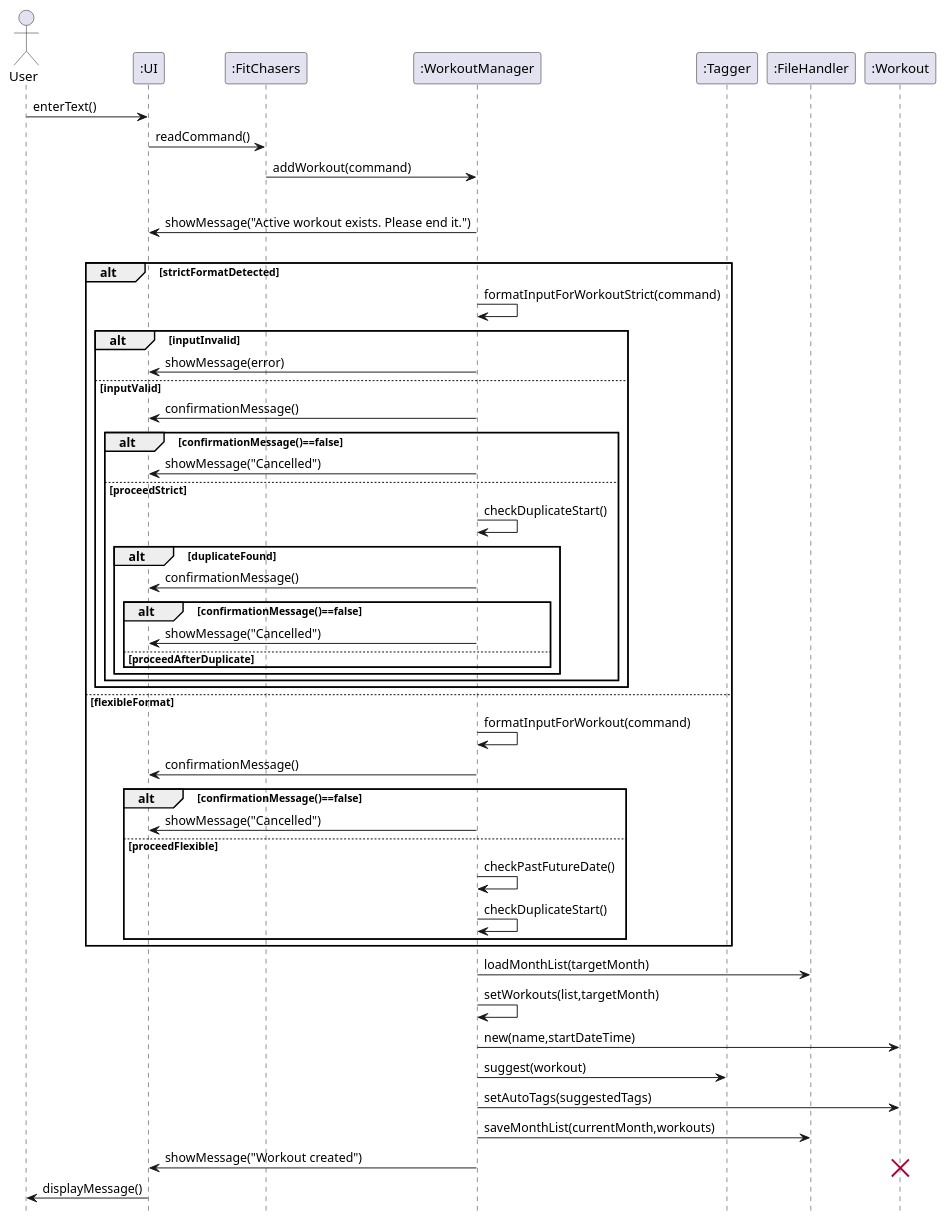
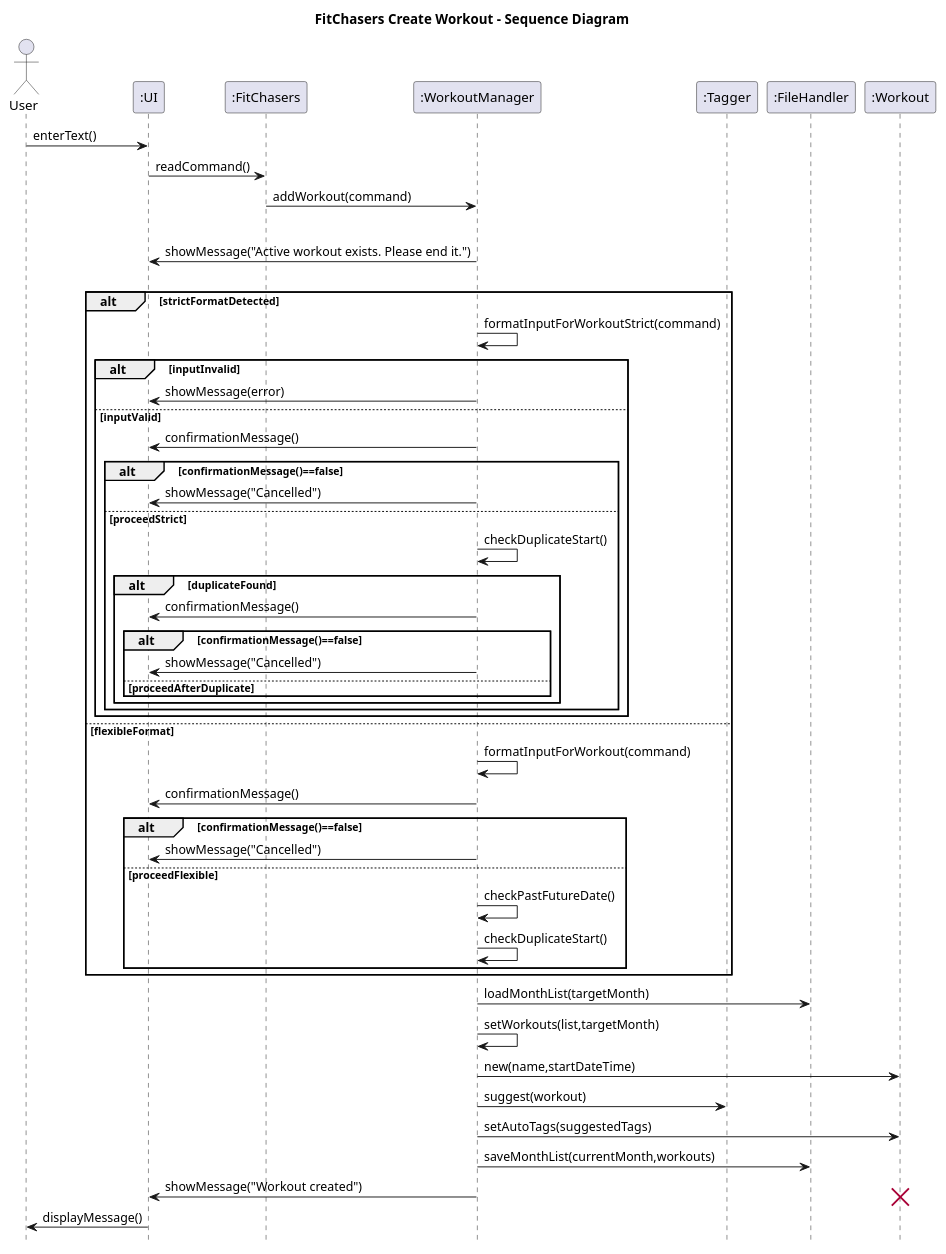
The diagram in docs/diagrams/SD_createw.puml (Exceptional-Khoi/tp), drawn with PlantUML before and after one commit. The commit also changed 13 other files, not shown here.

Commit message:
Add object diagram

```diff
--- a/docs/diagrams/SD_createw.puml
+++ b/docs/diagrams/SD_createw.puml
@@ -1,65 +1,66 @@
 @startuml
+title FitChasers Create Workout - Sequence Diagram
 ' Rectangles + minimal chrome
 skinparam sequenceParticipantType rectangle
 skinparam shadowing false
 skinparam responseMessageBelowArrow true
 hide footbox
 
 actor    User
 participant ":UI" as UI
 participant ":FitChasers" as App
 participant ":WorkoutManager" as WM
 participant ":Tagger" as Tagger
 participant ":FileHandler" as FH
 participant ":Workout" as W
 
 User -> UI : enterText()
 UI -> App : readCommand()
 App -> WM : addWorkout(command)
 
 alt activeWorkoutExists
   WM -> UI : showMessage("Active workout exists. Please end it.")
 else noActiveWorkout
   alt strictFormatDetected
     WM -> WM : formatInputForWorkoutStrict(command)
     alt inputInvalid
       WM -> UI : showMessage(error)
     else inputValid
       WM -> UI : confirmationMessage()
       alt confirmationMessage()==false
         WM -> UI : showMessage("Cancelled")
       else proceedStrict
         WM -> WM : checkDuplicateStart()
         alt duplicateFound
           WM -> UI : confirmationMessage()
           alt confirmationMessage()==false
             WM -> UI : showMessage("Cancelled")
           else proceedAfterDuplicate
           end
         end
       end
     end
   else flexibleFormat
     WM -> WM : formatInputForWorkout(command)
     WM -> UI : confirmationMessage()
     alt confirmationMessage()==false
       WM -> UI : showMessage("Cancelled")
     else proceedFlexible
       WM -> WM : checkPastFutureDate()
       WM -> WM : checkDuplicateStart()
     end
   end
 
 WM -> FH : loadMonthList(targetMonth)
 WM -> WM : setWorkouts(list,targetMonth)
 WM -> W : new(name,startDateTime)
 WM -> Tagger : suggest(workout)
 WM -> W : setAutoTags(suggestedTags)
 WM -> FH : saveMonthList(currentMonth,workouts)
 WM -> UI : showMessage("Workout created")
 
 ' Deletion: lifeline ends exactly here (no calls to W afterwards)
 destroy W
 
 UI -> User : displayMessage()
 @enduml
```
